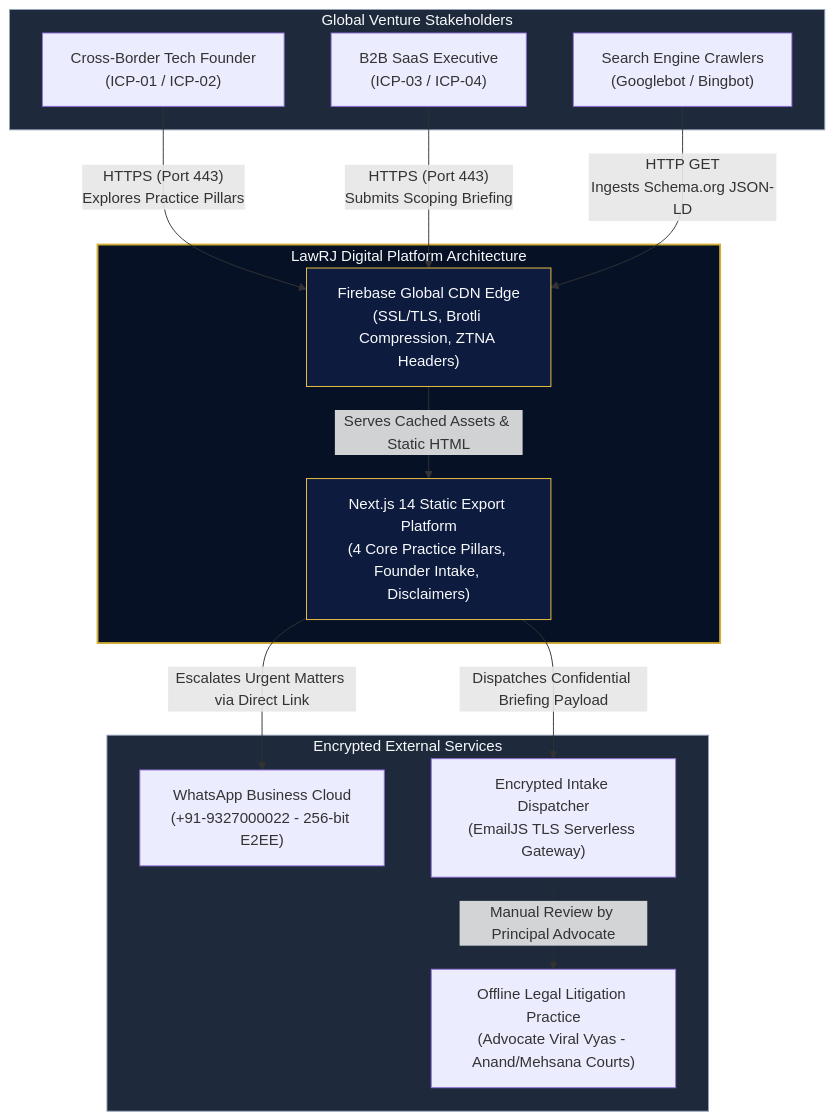
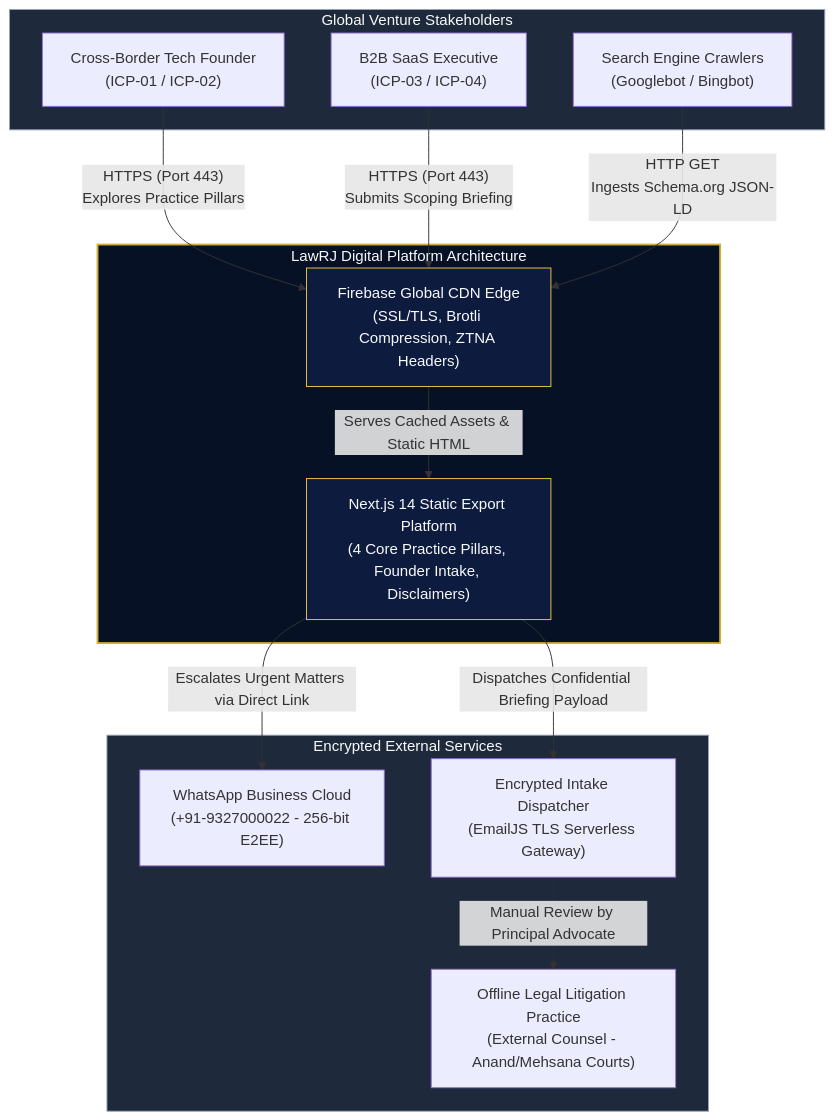
The first of 2 diagrams in architecture-docs/draft-lightweight/ARCHITECTURE_BLUEPRINT.md (PragnaKiran/LawRj), drawn with Mermaid before and after one commit. The commit also changed 17 other files, not shown here.

````diff
--- a/architecture-docs/draft-lightweight/ARCHITECTURE_BLUEPRINT.md
+++ b/architecture-docs/draft-lightweight/ARCHITECTURE_BLUEPRINT.md
@@ -53,35 +53,35 @@
 ```mermaid
 flowchart TD
     subgraph External_Users [Global Venture Stakeholders]
         Founder["Cross-Border Tech Founder<br/>(ICP-01 / ICP-02)"]
         Enterprise["B2B SaaS Executive<br/>(ICP-03 / ICP-04)"]
         SearchCrawler["Search Engine Crawlers<br/>(Googlebot / Bingbot)"]
     end
 
     subgraph LawRJ_System [LawRJ Digital Platform Architecture]
         EdgeCDN["Firebase Global CDN Edge<br/>(SSL/TLS, Brotli Compression, ZTNA Headers)"]
         StaticPlatform["Next.js 14 Static Export Platform<br/>(4 Core Practice Pillars, Founder Intake, Disclaimers)"]
     end
 
     subgraph Downstream_Services [Encrypted External Services]
         WhatsAppService["WhatsApp Business Cloud<br/>(+91-9327000022 - 256-bit E2EE)"]
         EmailGateway["Encrypted Intake Dispatcher<br/>(EmailJS TLS Serverless Gateway)"]
-        LegalLedger["Offline Legal Litigation Practice<br/>(Advocate Viral Vyas - Anand/Mehsana Courts)"]
+        LegalLedger["Offline Legal Litigation Practice<br/>(External Counsel - Anand/Mehsana Courts)"]
     end
 
     Founder -->|"HTTPS (Port 443)<br/>Explores Practice Pillars"| EdgeCDN
     Enterprise -->|"HTTPS (Port 443)<br/>Submits Scoping Briefing"| EdgeCDN
     SearchCrawler -->|"HTTP GET<br/>Ingests Schema.org JSON-LD"| EdgeCDN
 
     EdgeCDN -->|"Serves Cached Assets & Static HTML"| StaticPlatform
     StaticPlatform -->|"Escalates Urgent Matters via Direct Link"| WhatsAppService
     StaticPlatform -->|"Dispatches Confidential Briefing Payload"| EmailGateway
     
     EmailGateway -.->|"Manual Review by Principal Advocate"| LegalLedger
 
     style LawRJ_System fill:#071126,stroke:#D4AF37,stroke-width:2px,color:#F8FAFC
     style EdgeCDN fill:#0D1B3E,stroke:#F3C644,color:#F8FAFC
     style StaticPlatform fill:#0D1B3E,stroke:#F3C644,color:#F8FAFC
     style External_Users fill:#1E293B,stroke:#94A3B8,color:#F8FAFC
     style Downstream_Services fill:#1E293B,stroke:#94A3B8,color:#F8FAFC
 ```
````
